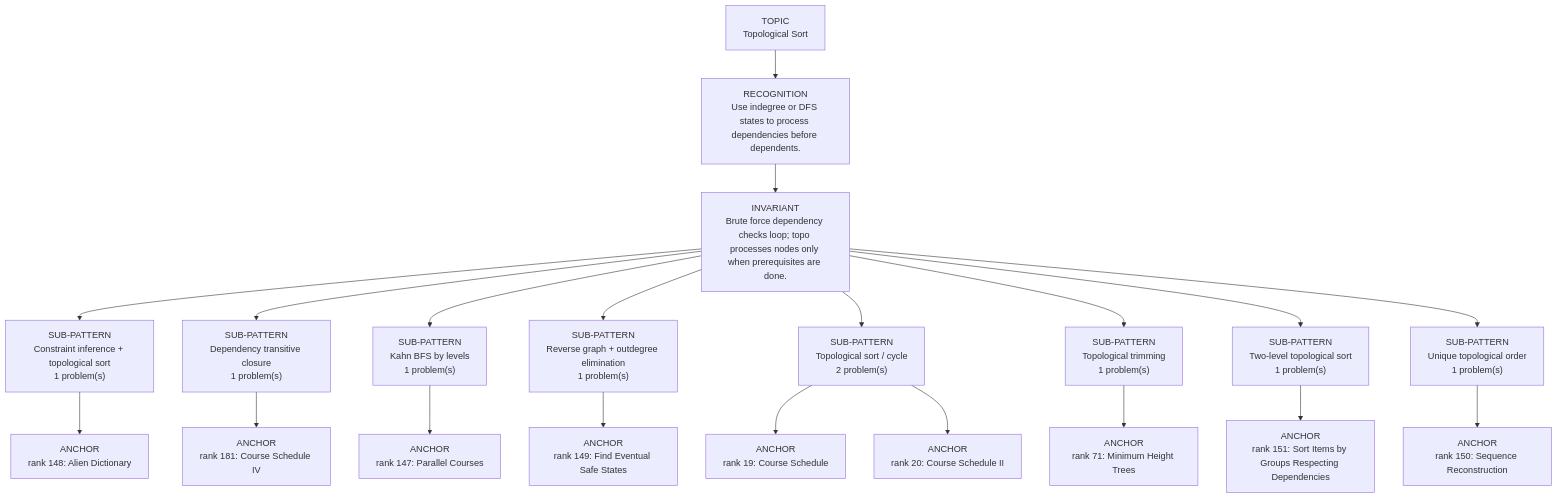
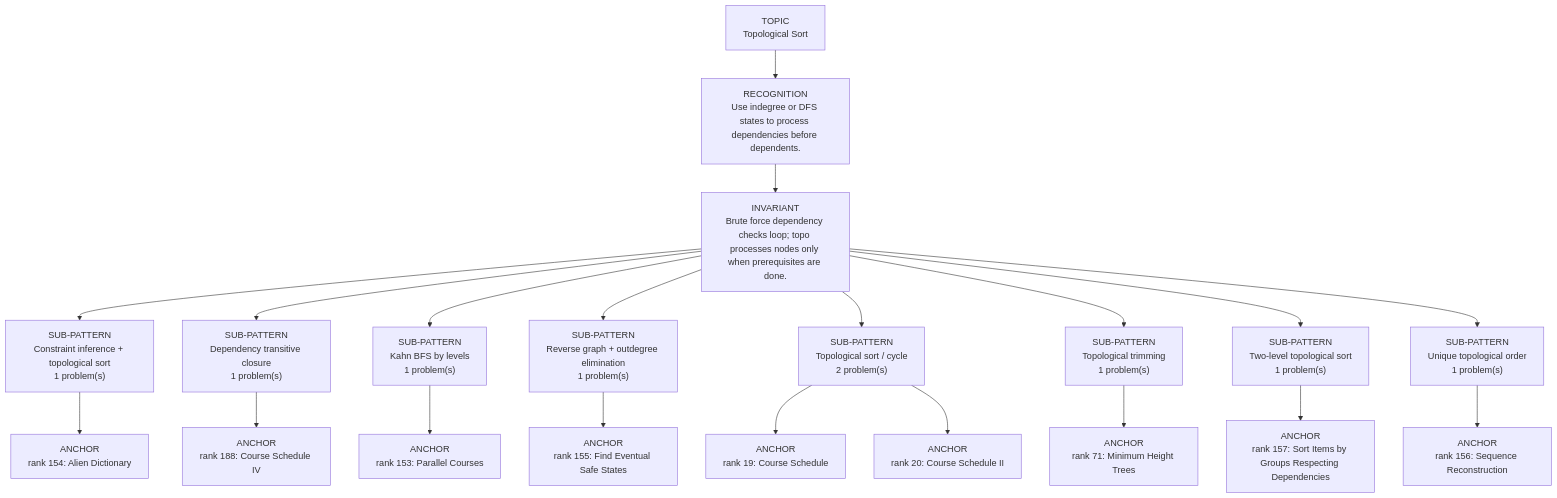
Before and after one commit to thechiranjeevjain/DSA10days: the diagram in dsa-review/interview/patterns/11_topological_sort.md, drawn with Mermaid. The commit also changed other lines of this file and 61 other files, not shown here.

````diff
--- a/dsa-review/interview/patterns/11_topological_sort.md
+++ b/dsa-review/interview/patterns/11_topological_sort.md
@@ -15,24 +15,24 @@
 ```mermaid
 flowchart TD
   Topic["TOPIC<br/>Topological Sort"]
   Recognition["RECOGNITION<br/>Use indegree or DFS states to process dependencies before dependents."]
   Invariant["INVARIANT<br/>Brute force dependency checks loop; topo processes nodes only when prerequisites are done."]
   Topic --> Recognition --> Invariant
   Invariant --> Sub01["SUB-PATTERN<br/>Constraint inference + topological sort<br/>1 problem(s)"]
-  Sub01 --> Sub01A01["ANCHOR<br/>rank 148: Alien Dictionary"]
+  Sub01 --> Sub01A01["ANCHOR<br/>rank 154: Alien Dictionary"]
   Invariant --> Sub02["SUB-PATTERN<br/>Dependency transitive closure<br/>1 problem(s)"]
-  Sub02 --> Sub02A01["ANCHOR<br/>rank 181: Course Schedule IV"]
+  Sub02 --> Sub02A01["ANCHOR<br/>rank 188: Course Schedule IV"]
   Invariant --> Sub03["SUB-PATTERN<br/>Kahn BFS by levels<br/>1 problem(s)"]
-  Sub03 --> Sub03A01["ANCHOR<br/>rank 147: Parallel Courses"]
+  Sub03 --> Sub03A01["ANCHOR<br/>rank 153: Parallel Courses"]
   Invariant --> Sub04["SUB-PATTERN<br/>Reverse graph + outdegree elimination<br/>1 problem(s)"]
-  Sub04 --> Sub04A01["ANCHOR<br/>rank 149: Find Eventual Safe States"]
+  Sub04 --> Sub04A01["ANCHOR<br/>rank 155: Find Eventual Safe States"]
   Invariant --> Sub05["SUB-PATTERN<br/>Topological sort / cycle<br/>2 problem(s)"]
   Sub05 --> Sub05A01["ANCHOR<br/>rank 19: Course Schedule"]
   Sub05 --> Sub05A02["ANCHOR<br/>rank 20: Course Schedule II"]
   Invariant --> Sub06["SUB-PATTERN<br/>Topological trimming<br/>1 problem(s)"]
   Sub06 --> Sub06A01["ANCHOR<br/>rank 71: Minimum Height Trees"]
   Invariant --> Sub07["SUB-PATTERN<br/>Two-level topological sort<br/>1 problem(s)"]
-  Sub07 --> Sub07A01["ANCHOR<br/>rank 151: Sort Items by Groups Respecting Dependencies"]
+  Sub07 --> Sub07A01["ANCHOR<br/>rank 157: Sort Items by Groups Respecting Dependencies"]
   Invariant --> Sub08["SUB-PATTERN<br/>Unique topological order<br/>1 problem(s)"]
-  Sub08 --> Sub08A01["ANCHOR<br/>rank 150: Sequence Reconstruction"]
+  Sub08 --> Sub08A01["ANCHOR<br/>rank 156: Sequence Reconstruction"]
 ```
````
